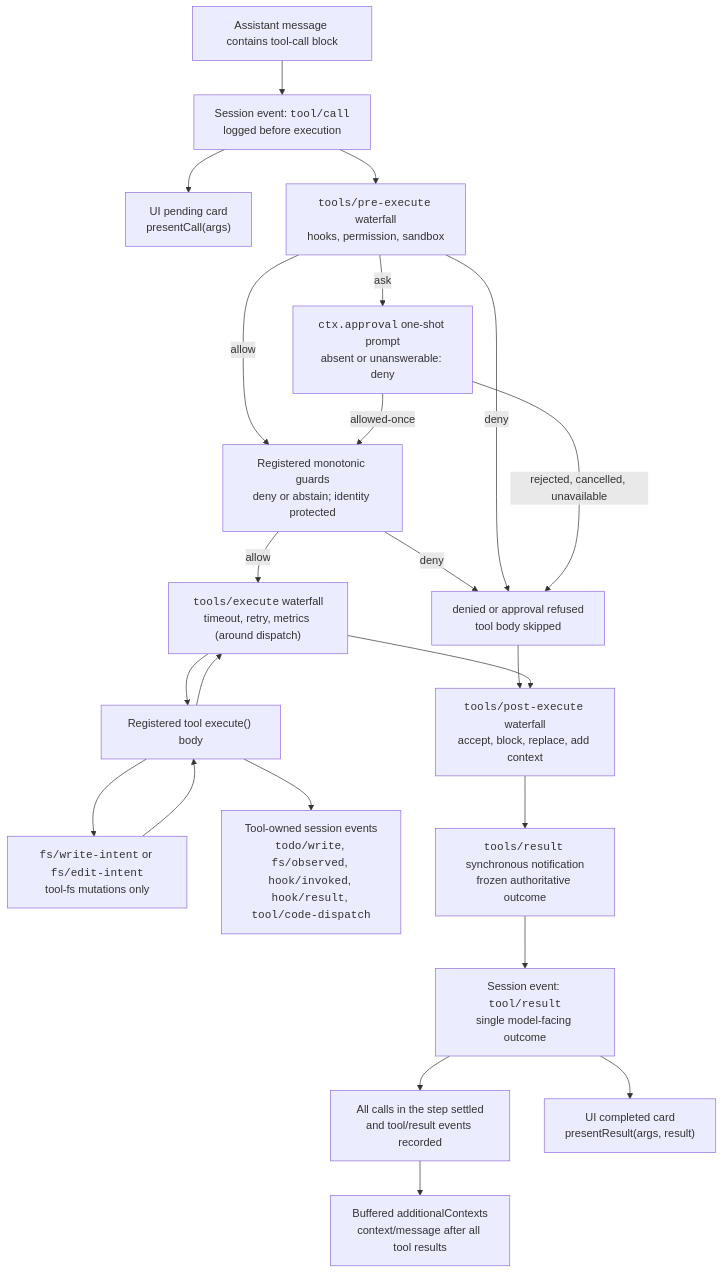
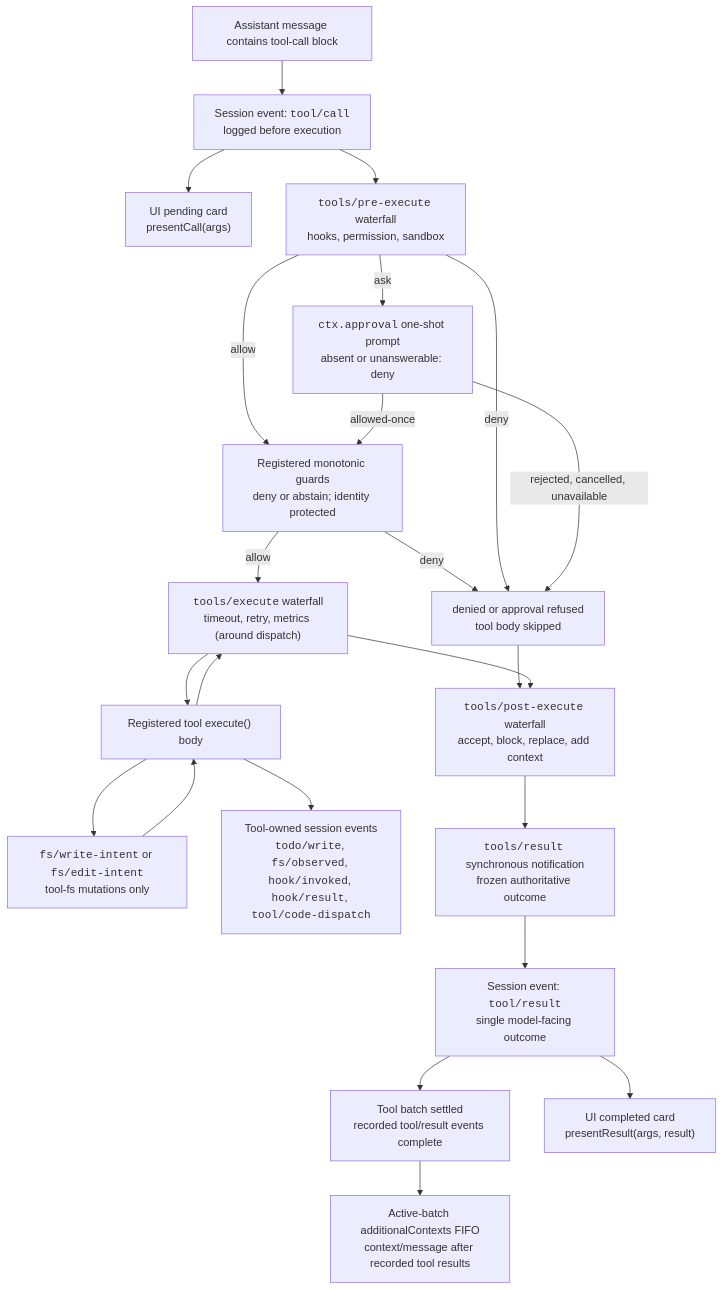
Before and after one commit to eru123/coco-harness: the diagram in docs/tool-execution-pipeline.md, drawn with Mermaid. The commit also changed 20 other files, not shown here.

````diff
--- a/docs/tool-execution-pipeline.md
+++ b/docs/tool-execution-pipeline.md
@@ -8,42 +8,42 @@
 ```mermaid
 flowchart TD
   model["Assistant message contains tool-call block"]
   toolCall["Session event: <code>tool/call</code><br/>logged before execution"]
   presentCall["UI pending card<br/>presentCall(args)"]
   pre["<code>tools/pre-execute</code> waterfall<br/>hooks, permission, sandbox"]
   guards["Registered monotonic guards<br/>deny or abstain; identity protected"]
   denied["denied or approval refused<br/>tool body skipped"]
   approval["<code>ctx.approval</code> one-shot prompt<br/>absent or unanswerable: deny"]
   around["<code>tools/execute</code> waterfall<br/>timeout, retry, metrics (around dispatch)"]
   toolBody["Registered tool execute() body"]
   fsGate["<code>fs/write-intent</code> or <code>fs/edit-intent</code><br/>tool-fs mutations only"]
   owned["Tool-owned session events<br/><code>todo/write</code>, <code>fs/observed</code>, <code>hook/invoked</code>, <code>hook/result</code>, <code>tool/code-dispatch</code>"]
   post["<code>tools/post-execute</code> waterfall<br/>accept, block, replace, add context"]
   final["<code>tools/result</code> synchronous notification<br/>frozen authoritative outcome"]
-  context["Buffered additionalContexts<br/>context/message after all tool results"]
+  context["Active-batch additionalContexts FIFO<br/>context/message after recorded tool results"]
   toolResult["Session event: <code>tool/result</code><br/>single model-facing outcome"]
-  allResults["All calls in the step settled<br/>and tool/result events recorded"]
+  allResults["Tool batch settled<br/>recorded tool/result events complete"]
   presentResult["UI completed card<br/>presentResult(args, result)"]
   model --> toolCall
   toolCall --> presentCall
   toolCall --> pre
   pre -->|allow| guards
   guards -->|allow| around
   guards -->|deny| denied
   around --> toolBody
   pre -->|deny| denied
   pre -->|ask| approval
   approval -->|allowed-once| guards
   approval -->|rejected, cancelled, unavailable| denied
   denied --> post
   toolBody --> fsGate
   fsGate --> toolBody
   toolBody --> owned
   toolBody --> around
   around --> post
   post --> final
   final --> toolResult
   toolResult --> presentResult
   toolResult --> allResults
   allResults --> context
 ```
````
